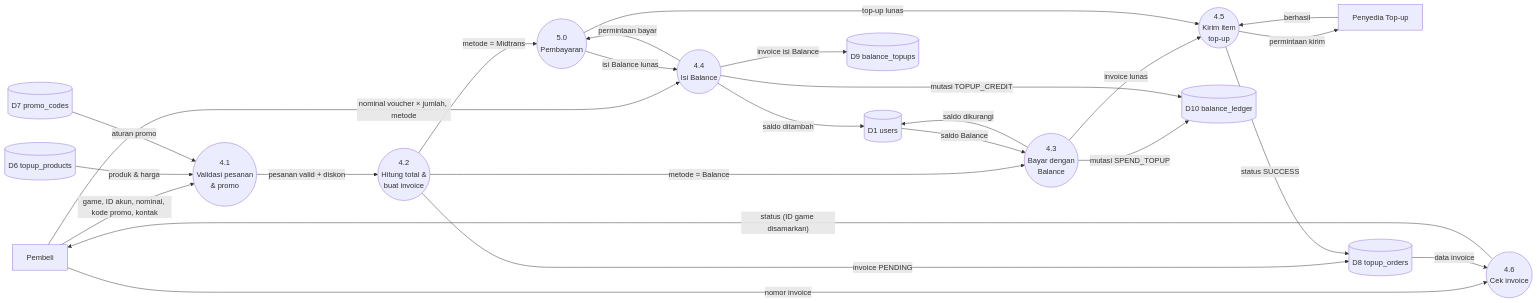
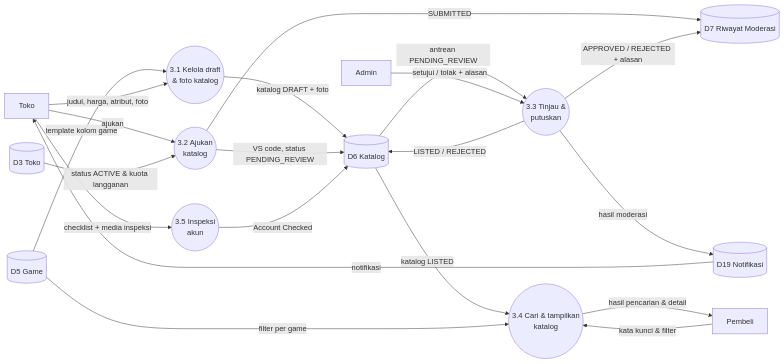
One commit to balaqiang/valostock changed the second of 5 diagrams in docs/modeling/02-dfd.md. Above: the diagram before and after it, drawn with Mermaid. The commit also changed other lines of this file and 15 other files, not shown here.

First line of the commit message:
docs(v8): Supabase architecture, catalog moderation flow, admin panel design, full data model

````diff
--- a/docs/modeling/02-dfd.md
+++ b/docs/modeling/02-dfd.md
@@ -155,47 +147,38 @@
 ```mermaid
 flowchart LR
+    T[Toko]
+    A[Admin]
     P[Pembeli]
-    G[Penyedia Top-up]
-    P5((5.0<br/>Pembayaran))
 
-    P41((4.1<br/>Validasi pesanan<br/>& promo))
-    P42((4.2<br/>Hitung total &<br/>buat invoice))
-    P43((4.3<br/>Bayar dengan<br/>Balance))
-    P44((4.4<br/>Isi Balance))
-    P45((4.5<br/>Kirim item<br/>top-up))
-    P46((4.6<br/>Cek invoice))
+    P31((3.1 Kelola draft<br/>& foto katalog))
+    P32((3.2 Ajukan<br/>katalog))
+    P33((3.3 Tinjau &<br/>putuskan))
+    P34((3.4 Cari & tampilkan<br/>katalog))
+    P35((3.5 Inspeksi<br/>akun))
 
-    D1[(D1 users)]
-    D6[(D6 topup_products)]
-    D7[(D7 promo_codes)]
-    D8[(D8 topup_orders)]
-    D9[(D9 balance_topups)]
-    D10[(D10 balance_ledger)]
+    D3[(D3 Toko)]
+    D5[(D5 Game)]
+    D6[(D6 Katalog)]
+    D7[(D7 Riwayat Moderasi)]
+    D19[(D19 Notifikasi)]
 
-    P -- "game, ID akun, nominal, kode promo, kontak" --> P41
-    D6 -- "produk & harga" --> P41
-    D7 -- "aturan promo" --> P41
-    P41 -- "pesanan valid + diskon" --> P42
-    P42 -- "invoice PENDING" --> D8
-    P42 -- "metode = Midtrans" --> P5
-    P42 -- "metode = Balance" --> P43
-    D1 -- "saldo Balance" --> P43
-    P43 -- "saldo dikurangi" --> D1
-    P43 -- "mutasi SPEND_TOPUP" --> D10
-    P43 -- "invoice lunas" --> P45
-    P5 -- "top-up lunas" --> P45
-    P45 -- "permintaan kirim" --> G
-    G -- "berhasil" --> P45
-    P45 -- "status SUCCESS" --> D8
-
-    P -- "nominal voucher × jumlah, metode" --> P44
-    P44 -- "invoice isi Balance" --> D9
-    P44 -- "permintaan bayar" --> P5
-    P5 -- "isi Balance lunas" --> P44
-    P44 -- "saldo ditambah" --> D1
-    P44 -- "mutasi TOPUP_CREDIT" --> D10
-
-    P -- "nomor invoice" --> P46
-    D8 -- "data invoice" --> P46
-    P46 -- "status (ID game disamarkan)" --> P
+    D5 -- "template kolom game" --> P31
+    T -- "judul, harga, atribut, foto" --> P31
+    P31 -- "katalog DRAFT + foto" --> D6
+    T -- "ajukan" --> P32
+    D3 -- "status ACTIVE & kuota langganan" --> P32
+    P32 -- "VS code, status PENDING_REVIEW" --> D6
+    P32 -- "SUBMITTED" --> D7
+    D6 -- "antrean PENDING_REVIEW" --> P33
+    A -- "setujui / tolak + alasan" --> P33
+    P33 -- "LISTED / REJECTED" --> D6
+    P33 -- "APPROVED / REJECTED + alasan" --> D7
+    P33 -- "hasil moderasi" --> D19
+    D19 -- "notifikasi" --> T
+    T -- "checklist + media inspeksi" --> P35
+    P35 -- "Account Checked" --> D6
+    D6 -- "katalog LISTED" --> P34
+    D5 -- "filter per game" --> P34
+    P -- "kata kunci & filter" --> P34
+    P34 -- "hasil pencarian & detail" --> P
 ```
````
